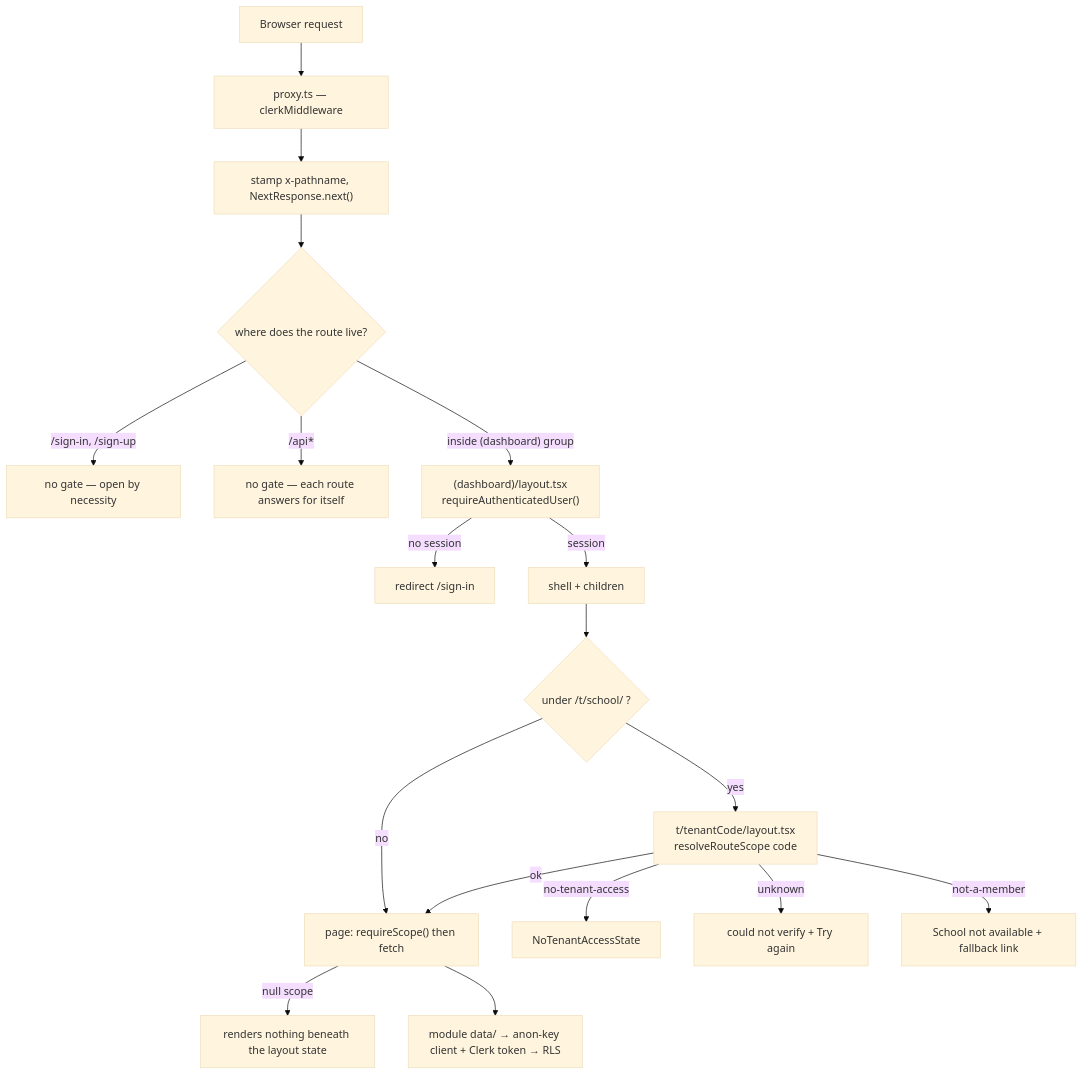
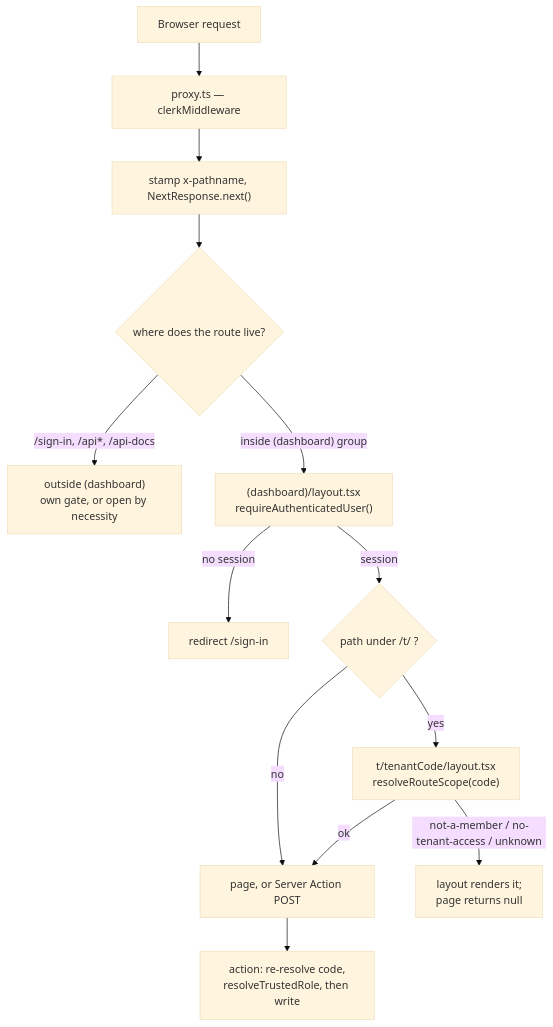
One commit to shuakyle21/tesda-compliance-manager changed the diagram in openwiki/architecture/nextjs-routing-and-request-path.md. Above: the diagram before and after it, drawn with Mermaid (base theme). The commit also changed other lines of this file and 44 other files, not shown here.

````diff
--- a/openwiki/architecture/nextjs-routing-and-request-path.md
+++ b/openwiki/architecture/nextjs-routing-and-request-path.md
@@ -107,25 +123,20 @@
 ```mermaid
 flowchart TD
     Req["Browser request"] --> Proxy["proxy.ts — clerkMiddleware"]
     Proxy --> Stamp["stamp x-pathname, NextResponse.next()"]
     Stamp --> Where{"where does the route live?"}
 
-    Where -->|"/sign-in, /sign-up"| Open["no gate — open by necessity"]
-    Where -->|"/api*"| Api["no gate — each route answers for itself"]
-    Where -->|"inside (dashboard) group"| Gate
+    Where -->|"/sign-in, /api*, /api-docs"| Open["outside (dashboard)<br/>own gate, or open by necessity"]
+    Where -->|"inside (dashboard) group"| Gate["(dashboard)/layout.tsx<br/>requireAuthenticatedUser()"]
 
-    Gate["(dashboard)/layout.tsx<br/>requireAuthenticatedUser()"] -->|no session| SignIn["redirect /sign-in"]
-    Gate -->|session| Shell["shell + children"]
+    Gate -->|no session| SignIn["redirect /sign-in"]
+    Gate -->|session| Seg{"path under /t/ ?"}
 
-    Shell --> Scoped{"under /t/school/ ?"}
-    Scoped -->|yes| Seg["t/tenantCode/layout.tsx<br/>resolveRouteScope code"]
-    Scoped -->|no| Page
+    Seg -->|yes| Scope["t/tenantCode/layout.tsx<br/>resolveRouteScope(code)"]
+    Seg -->|no| Page["page, or Server Action POST"]
 
-    Seg -->|ok| Page["page: requireScope() then fetch"]
-    Seg -->|no-tenant-access| S1["NoTenantAccessState"]
-    Seg -->|unknown| S2["could not verify + Try again"]
-    Seg -->|not-a-member| S3["School not available + fallback link"]
+    Scope -->|ok| Page
+    Scope -->|"not-a-member / no-tenant-access / unknown"| State["layout renders it;<br/>page returns null"]
 
-    Page -->|"null scope"| Nothing["renders nothing beneath the layout state"]
-    Page --> Data["module data/ → anon-key client + Clerk token → RLS"]
+    Page --> Action["action: re-resolve code,<br/>resolveTrustedRole, then write"]
 ```
````
